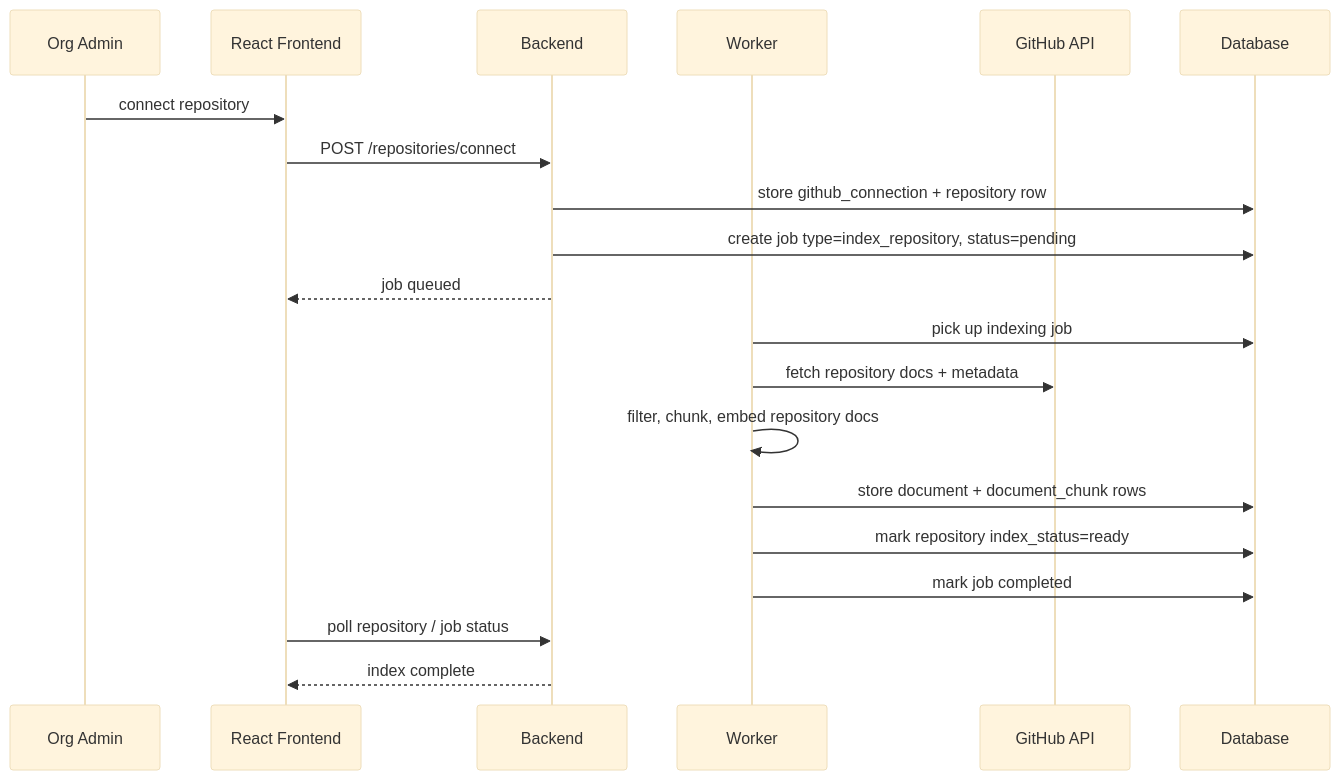
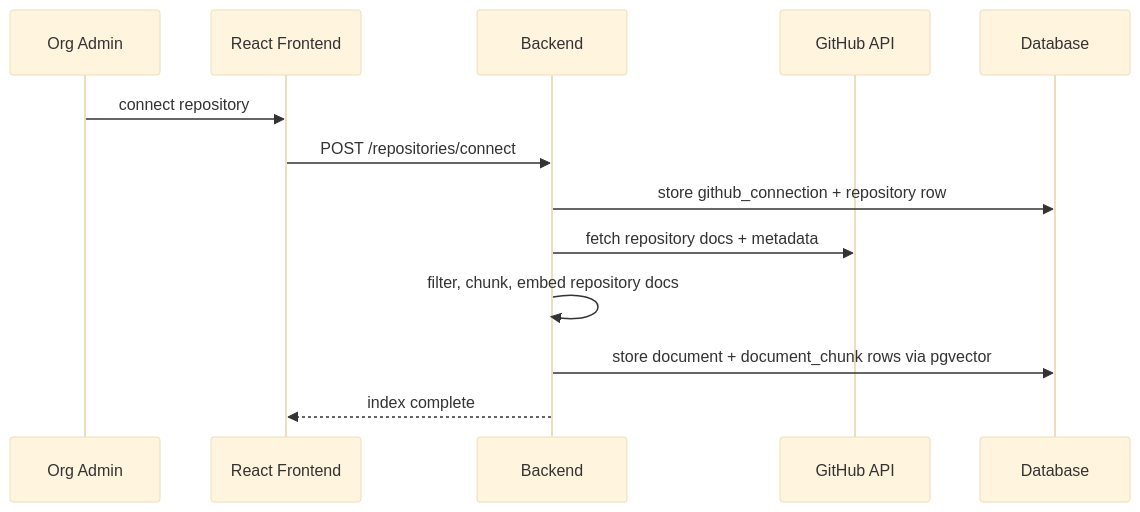
Before and after one commit to harshita20045/Repo-Mind-: the third of 5 diagrams in Docs/02-architecture/system-architecture.md, drawn with Mermaid (base theme). The commit also changed other lines of this file and 8 other files, not shown here.

````diff
--- a/Docs/02-architecture/system-architecture.md
+++ b/Docs/02-architecture/system-architecture.md
@@ -80,22 +64,15 @@
 ```mermaid
 sequenceDiagram
     participant Admin as Org Admin
     participant FE as React Frontend
     participant API as Backend
-    participant W as Worker
     participant GH as GitHub API
     participant DB as Database
     Admin->>FE: connect repository
     FE->>API: POST /repositories/connect
     API->>DB: store github_connection + repository row
-    API->>DB: create job type=index_repository, status=pending
-    API-->>FE: job queued
-    W->>DB: pick up indexing job
-    W->>GH: fetch repository docs + metadata
-    W->>W: filter, chunk, embed repository docs
-    W->>DB: store document + document_chunk rows
-    W->>DB: mark repository index_status=ready
-    W->>DB: mark job completed
-    FE->>API: poll repository / job status
+    API->>GH: fetch repository docs + metadata
+    API->>API: filter, chunk, embed repository docs
+    API->>DB: store document + document_chunk rows via pgvector
     API-->>FE: index complete
 ```
````
